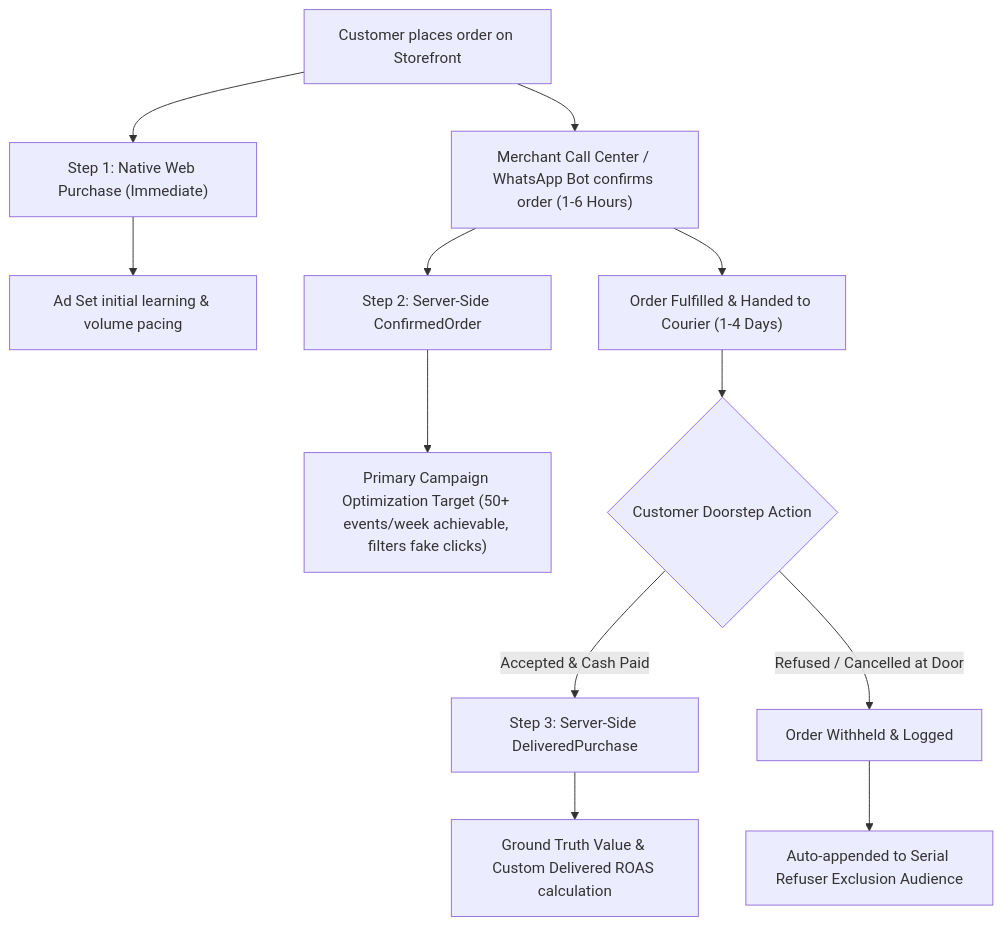
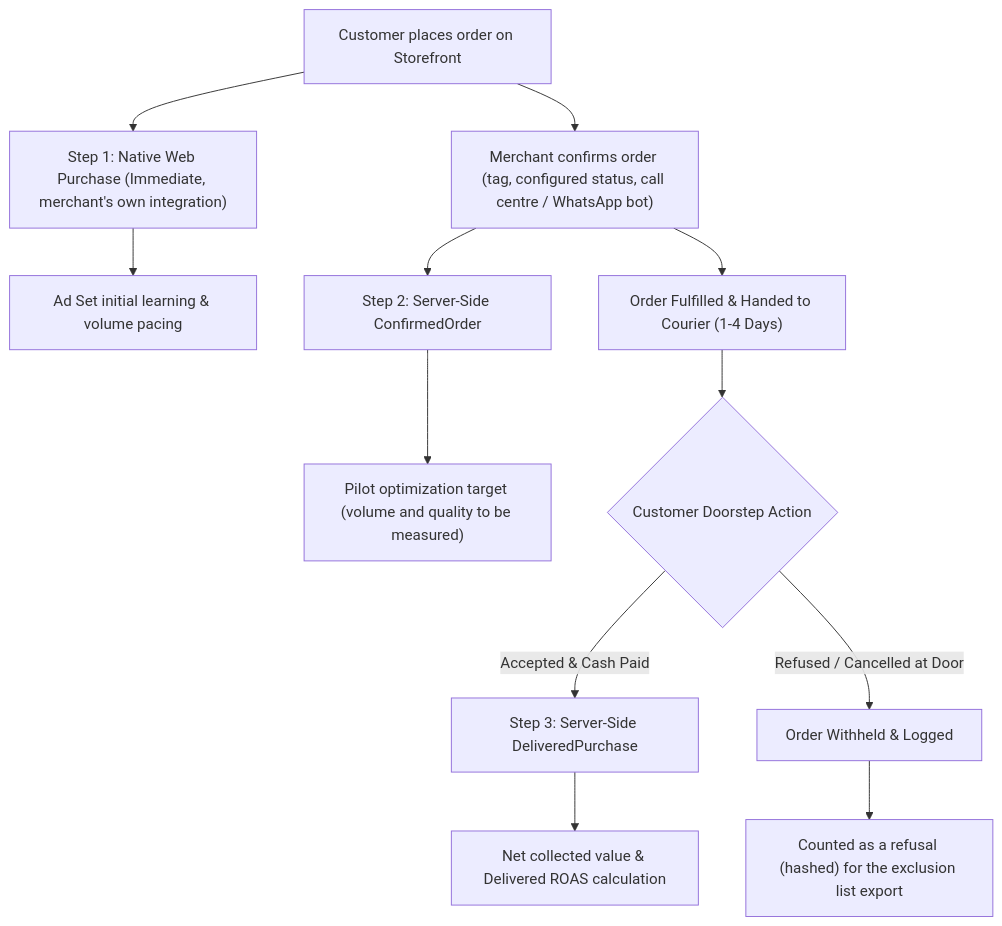
Before and after one commit to Mo-ha33/Motahai: the diagram in docs/MOTAHAI_PLAYBOOK.md, drawn with Mermaid. The commit also changed other lines of this file and 25 other files, not shown here.

````diff
--- a/docs/MOTAHAI_PLAYBOOK.md
+++ b/docs/MOTAHAI_PLAYBOOK.md
@@ -26,18 +26,18 @@
 ```mermaid
 flowchart TD
-    A["Customer places order on Storefront"] --> B["Step 1: Native Web Purchase (Immediate)"]
+    A["Customer places order on Storefront"] --> B["Step 1: Native Web Purchase (Immediate, merchant's own integration)"]
     B --> C["Ad Set initial learning & volume pacing"]
-    
-    A --> D["Merchant Call Center / WhatsApp Bot confirms order (1-6 Hours)"]
+
+    A --> D["Merchant confirms order (tag, configured status, call centre / WhatsApp bot)"]
     D --> E["Step 2: Server-Side ConfirmedOrder"]
-    E --> F["Primary Campaign Optimization Target (50+ events/week achievable, filters fake clicks)"]
-    
+    E --> F["Pilot optimization target (volume and quality to be measured)"]
+
     D --> G["Order Fulfilled & Handed to Courier (1-4 Days)"]
     G --> H{"Customer Doorstep Action"}
-    
+
     H -- "Accepted & Cash Paid" --> I["Step 3: Server-Side DeliveredPurchase"]
-    I --> J["Ground Truth Value & Custom Delivered ROAS calculation"]
-    
+    I --> J["Net collected value & Delivered ROAS calculation"]
+
     H -- "Refused / Cancelled at Door" --> K["Order Withheld & Logged"]
-    K --> L["Auto-appended to Serial Refuser Exclusion Audience"]
+    K --> L["Counted as a refusal (hashed) for the exclusion list export"]
 ```
````
